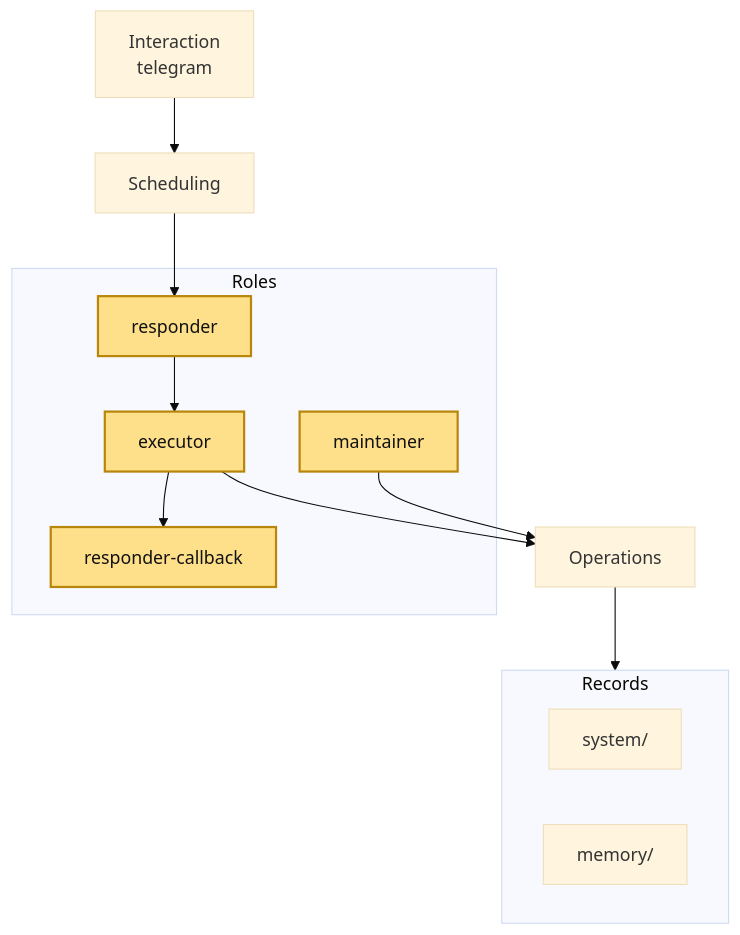
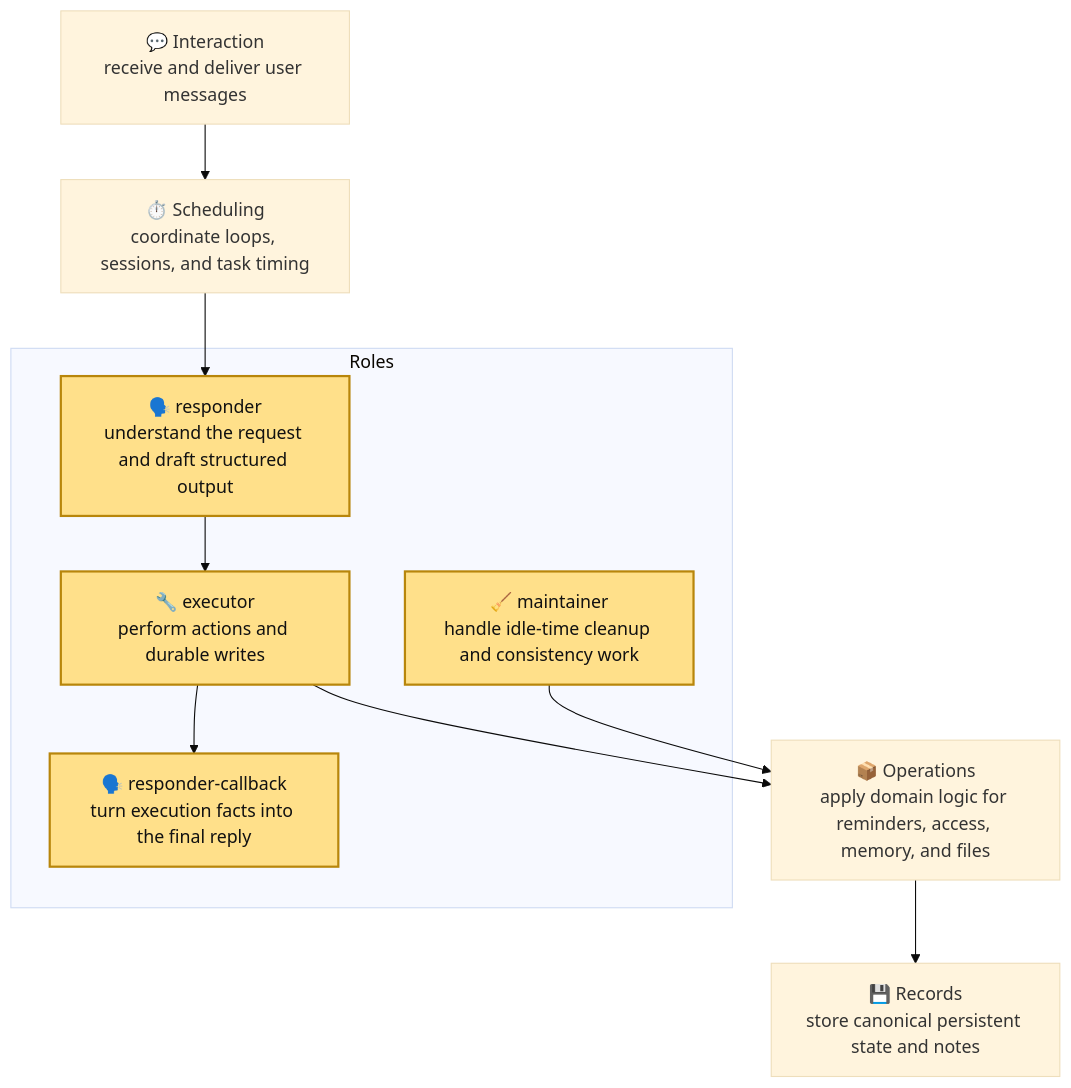
The diagram in README.md (fyang93/fill-free), drawn with Mermaid (base theme) before and after one commit. The commit also changed 1 other file, not shown here.

Commit message:
refine README architecture diagram

````diff
--- a/README.md
+++ b/README.md
@@ -21,26 +21,22 @@
 ```mermaid
 flowchart TD
-  I[Interaction\ntelegram]
-  S[Scheduling]
+  I[💬 Interaction\nreceive and deliver user messages]
+  S[⏱️ Scheduling\ncoordinate loops, sessions, and task timing]
 
   subgraph R[Roles]
-    RS[responder]
-    RX[executor]
-    RC[responder-callback]
-    RM[maintainer]
+    RS[🗣️ responder\nunderstand the request and draft structured output]
+    RC[🗣️ responder-callback\nturn execution facts into the final reply]
+    RX[🔧 executor\nperform actions and durable writes]
+    RM[🧹 maintainer\nhandle idle-time cleanup and consistency work]
   end
 
-  O[Operations]
-
-  subgraph D[Records]
-    DS[system/]
-    DM[memory/]
-  end
+  O[📦 Operations\napply domain logic for reminders, access, memory, and files]
+  D[💾 Records\nstore canonical persistent state and notes]
 
   I --> S --> RS --> RX --> O --> D
   RX --> RC
   RM --> O
 
   classDef role fill:#ffe08a,stroke:#b8860b,stroke-width:2px,color:#111;
   class RS,RX,RC,RM role;
 ```
````
